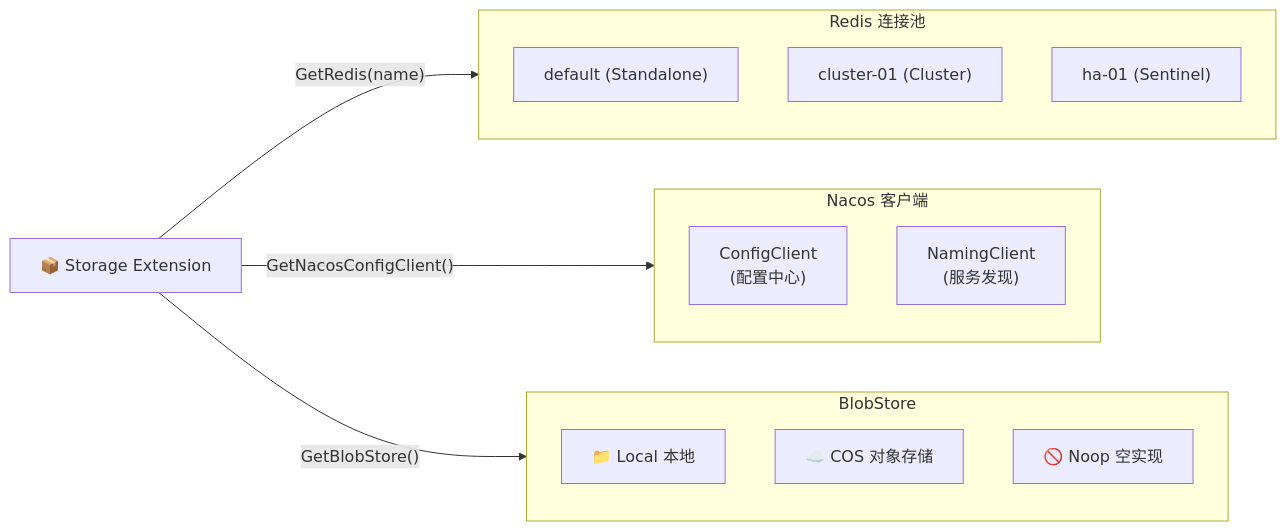
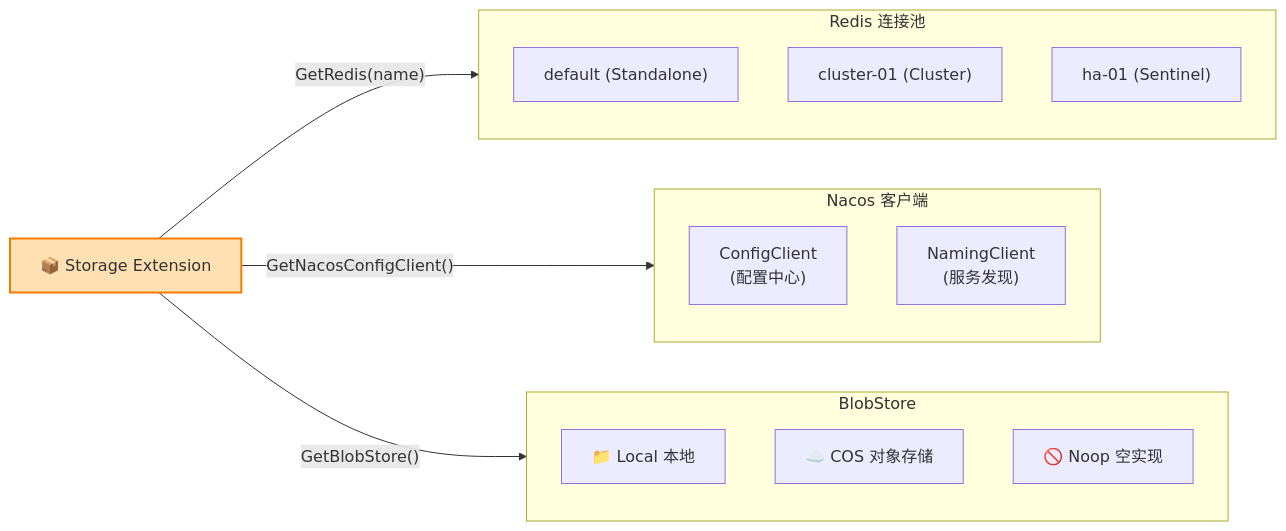
Before and after one commit to junjiewwang/custom-opentelemetry-collector: the third of 13 diagrams in README.md, drawn with Mermaid. The commit also changed other lines of this file, not shown here.

Commit message:
docs: 添加详细的 README.md 文档，包含架构图、组件详解和快速开始指南

````diff
--- a/README.md
+++ b/README.md
@@ -129,25 +139,27 @@
 ```mermaid
 graph LR
     Storage["📦 Storage Extension"]
 
     subgraph Redis["Redis 连接池"]
         R1["default (Standalone)"]
         R2["cluster-01 (Cluster)"]
         R3["ha-01 (Sentinel)"]
     end
 
     subgraph Nacos["Nacos 客户端"]
         N1["ConfigClient<br/>(配置中心)"]
         N2["NamingClient<br/>(服务发现)"]
     end
 
     subgraph Blob["BlobStore"]
         B1["📁 Local 本地"]
         B2["☁️ COS 对象存储"]
         B3["🚫 Noop 空实现"]
     end
 
     Storage -->|"GetRedis(name)"| Redis
     Storage -->|"GetNacosConfigClient()"| Nacos
     Storage -->|"GetBlobStore()"| Blob
+
+    style Storage fill:#FFE0B2,stroke:#F57C00,stroke-width:2px
 ```
````
